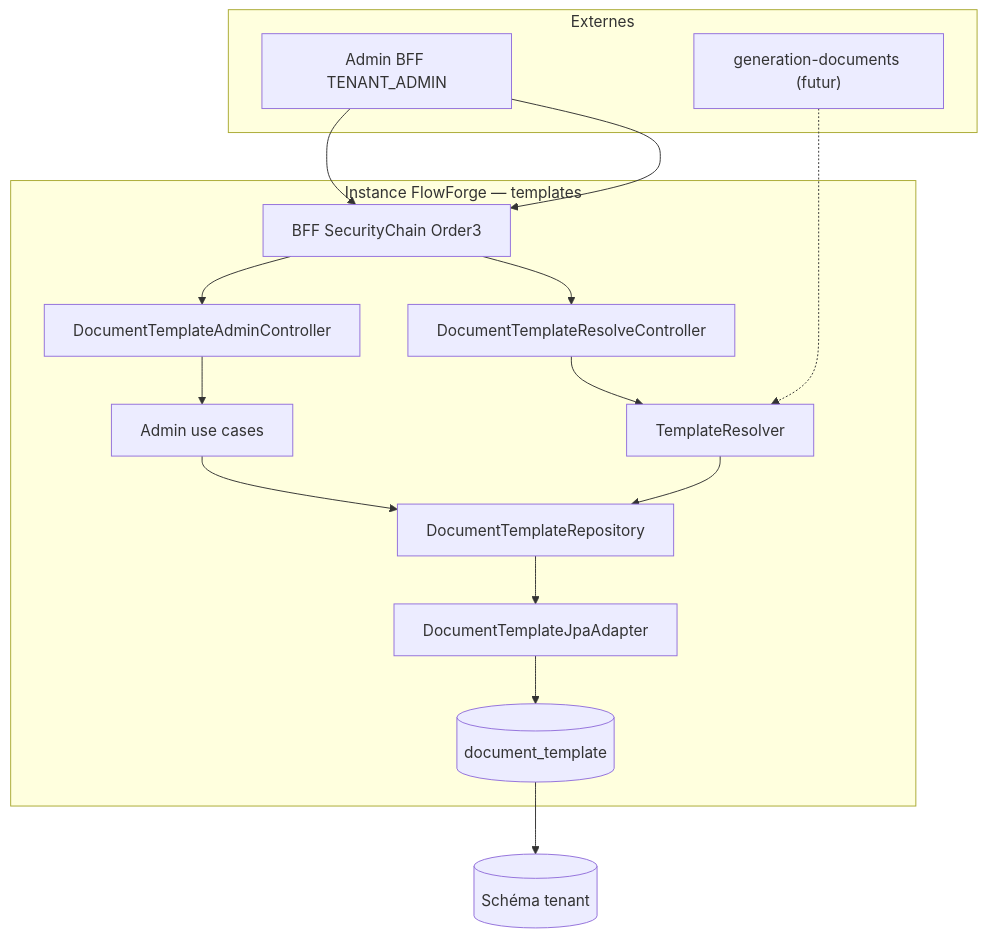
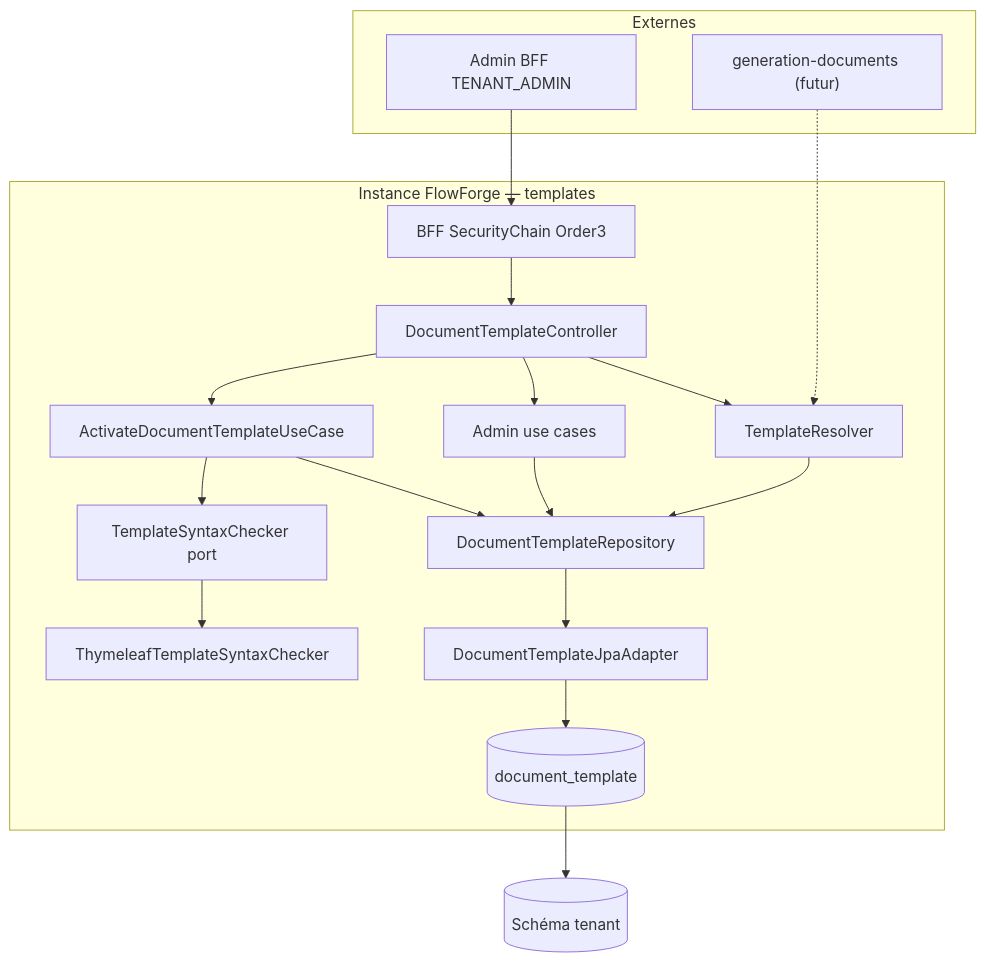
One commit to superjojo79/Myrmacta changed the diagram in docs/ai/design/2026-07-31-feature-templates-documents.md. Above: the diagram before and after it, drawn with Mermaid. The commit also changed other lines of this file and 1 other file, not shown here.

````diff
--- a/docs/ai/design/2026-07-31-feature-templates-documents.md
+++ b/docs/ai/design/2026-07-31-feature-templates-documents.md
@@ -21,28 +23,34 @@
 ```mermaid
 flowchart TB
   subgraph external["Externes"]
     SPA[Admin BFF TENANT_ADMIN]
     GEN["generation-documents (futur)"]
   end
 
   subgraph app["Instance FlowForge — templates"]
     BFF[BFF SecurityChain Order3]
-    AC[DocumentTemplateAdminController]
-    RC[DocumentTemplateResolveController]
+    AC[DocumentTemplateController]
     UC[Admin use cases]
+    ACT[ActivateDocumentTemplateUseCase]
     TR[TemplateResolver]
+    CHKPORT[TemplateSyntaxChecker port]
+    CHK[ThymeleafTemplateSyntaxChecker]
     PORT[DocumentTemplateRepository]
     ADP[DocumentTemplateJpaAdapter]
     TBL[(document_template)]
 
     SPA --> BFF --> AC
-    SPA --> BFF --> RC
-    AC --> UC --> PORT
-    RC --> TR --> PORT
+    AC --> UC
+    AC --> ACT
+    AC --> TR
+    ACT --> CHKPORT --> CHK
+    ACT --> PORT
+    UC --> PORT
+    TR --> PORT
     GEN -.-> TR
     PORT --> ADP --> TBL
   end
 
   DB[(Schéma tenant)]
   TBL --> DB
 ```
````
